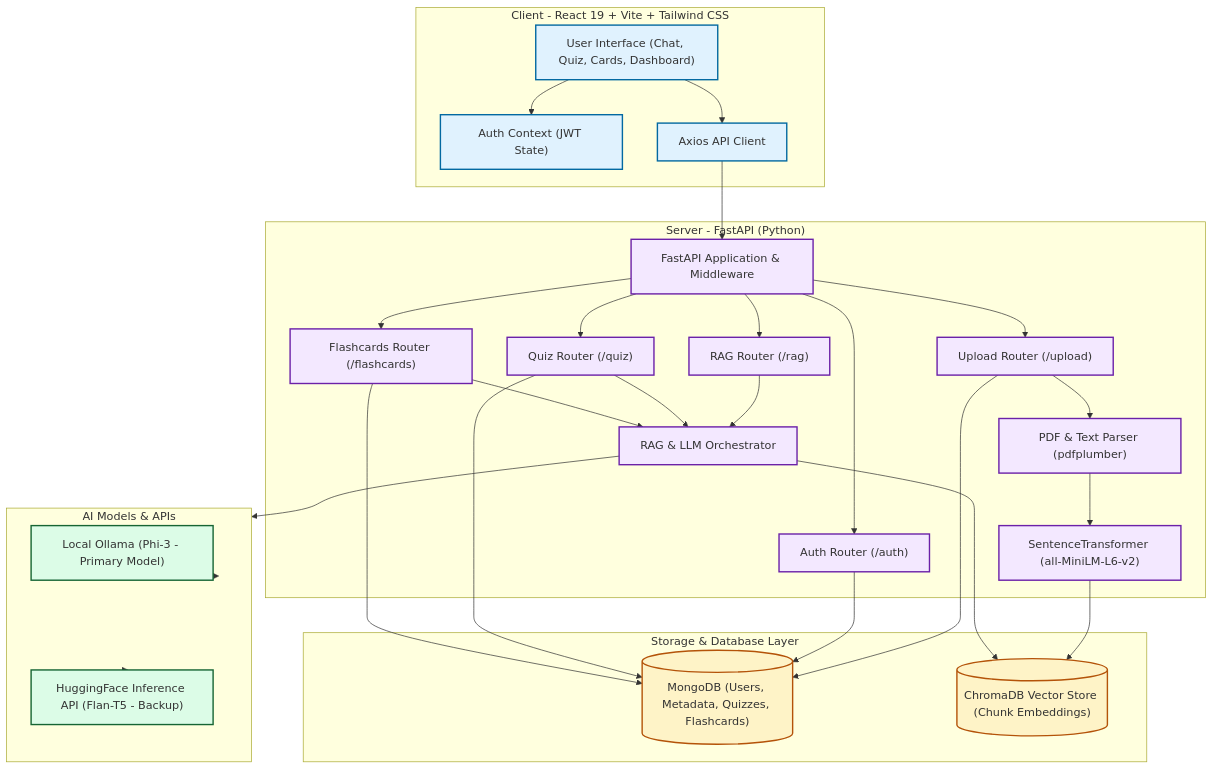
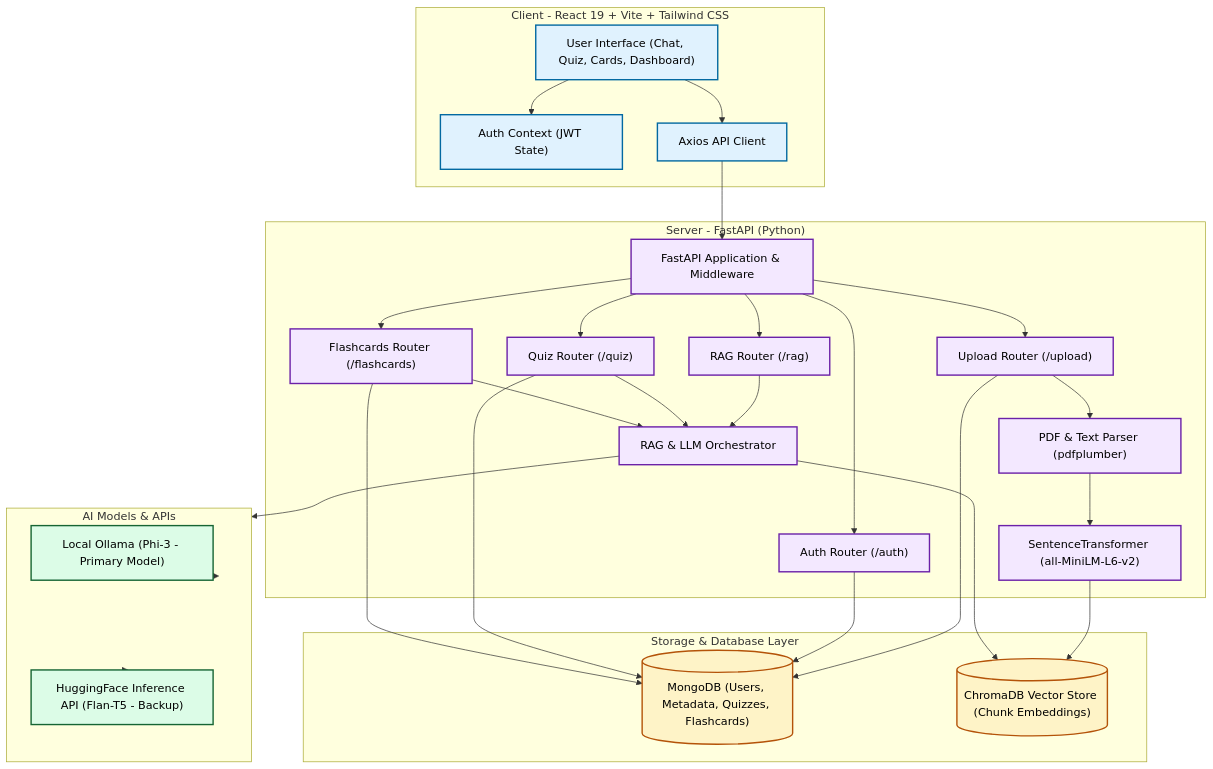
Before and after one commit to pranesh-goml/AI-Study-Buddy-RAG--GenAI-Capstone-Project-: the diagram in README.md, drawn with Mermaid.

Commit message:
Fix: set Mermaid node text color to black for better contrast

````diff
--- a/README.md
+++ b/README.md
@@ -13,71 +13,71 @@
 ```mermaid
 graph TD
-    classDef client fill:#e0f2fe,stroke:#0369a1,stroke-width:2px;
-    classDef server fill:#f3e8ff,stroke:#6b21a8,stroke-width:2px;
-    classDef database fill:#fef3c7,stroke:#b45309,stroke-width:2px;
-    classDef ai fill:#dcfce7,stroke:#166534,stroke-width:2px;
+    classDef client fill:#e0f2fe,stroke:#0369a1,stroke-width:2px,color:#000;
+    classDef server fill:#f3e8ff,stroke:#6b21a8,stroke-width:2px,color:#000;
+    classDef database fill:#fef3c7,stroke:#b45309,stroke-width:2px,color:#000;
+    classDef ai fill:#dcfce7,stroke:#166534,stroke-width:2px,color:#000;
 
     subgraph Frontend ["Client - React 19 + Vite + Tailwind CSS"]
         UI["User Interface (Chat, Quiz, Cards, Dashboard)"]:::client
         AuthC["Auth Context (JWT State)"]:::client
         API["Axios API Client"]:::client
     end
 
     subgraph Backend ["Server - FastAPI (Python)"]
         Router["FastAPI Application & Middleware"]:::server
         AuthR["Auth Router (/auth)"]:::server
         UploadR["Upload Router (/upload)"]:::server
         RagR["RAG Router (/rag)"]:::server
         QuizR["Quiz Router (/quiz)"]:::server
         FlashR["Flashcards Router (/flashcards)"]:::server
         
         Parser["PDF & Text Parser (pdfplumber)"]:::server
         Embedder["SentenceTransformer (all-MiniLM-L6-v2)"]:::server
         RagChain["RAG & LLM Orchestrator"]:::server
     end
 
     subgraph Storage ["Storage & Database Layer"]
         Mongo[("MongoDB (Users, Metadata, Quizzes, Flashcards)")]:::database
         Chroma[("ChromaDB Vector Store (Chunk Embeddings)")]:::database
     end
 
     subgraph AI ["AI Models & APIs"]
         Ollama["Local Ollama (Phi-3 - Primary Model)"]:::ai
         HF["HuggingFace Inference API (Flan-T5 - Backup)"]:::ai
     end
 
     %% Client Interactions
     UI --> AuthC
     UI --> API
     API --> Router
 
     %% Router routing
     Router --> AuthR
     Router --> UploadR
     Router --> RagR
     Router --> QuizR
     Router --> FlashR
 
     %% Ingestion Flow
     UploadR --> Parser
     Parser --> Embedder
     Embedder --> Chroma
     UploadR --> Mongo
 
     %% Query Flow
     RagR --> RagChain
     QuizR --> RagChain
     FlashR --> RagChain
 
     RagChain --> Chroma
     RagChain --> AI
 
     %% AI Selection
     AI --> Ollama
     AI --> HF
 
     %% Databases
     AuthR --> Mongo
     QuizR --> Mongo
     FlashR --> Mongo
 ```
````
